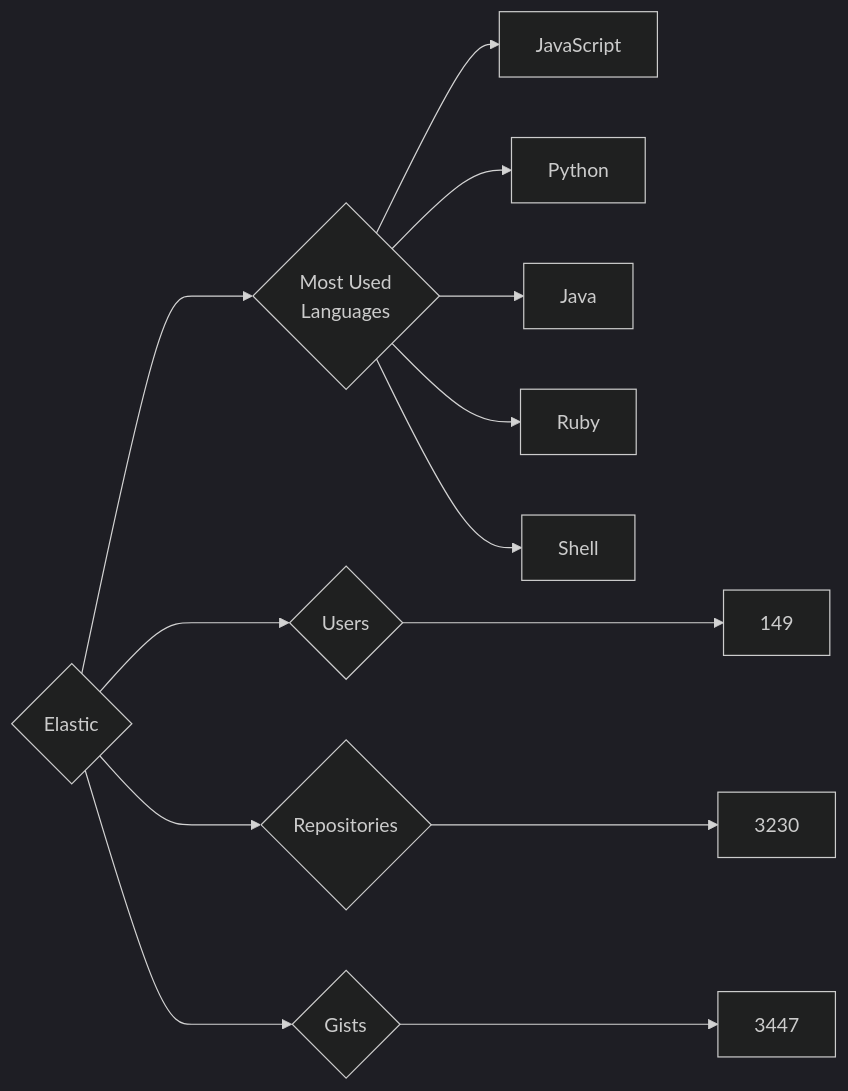
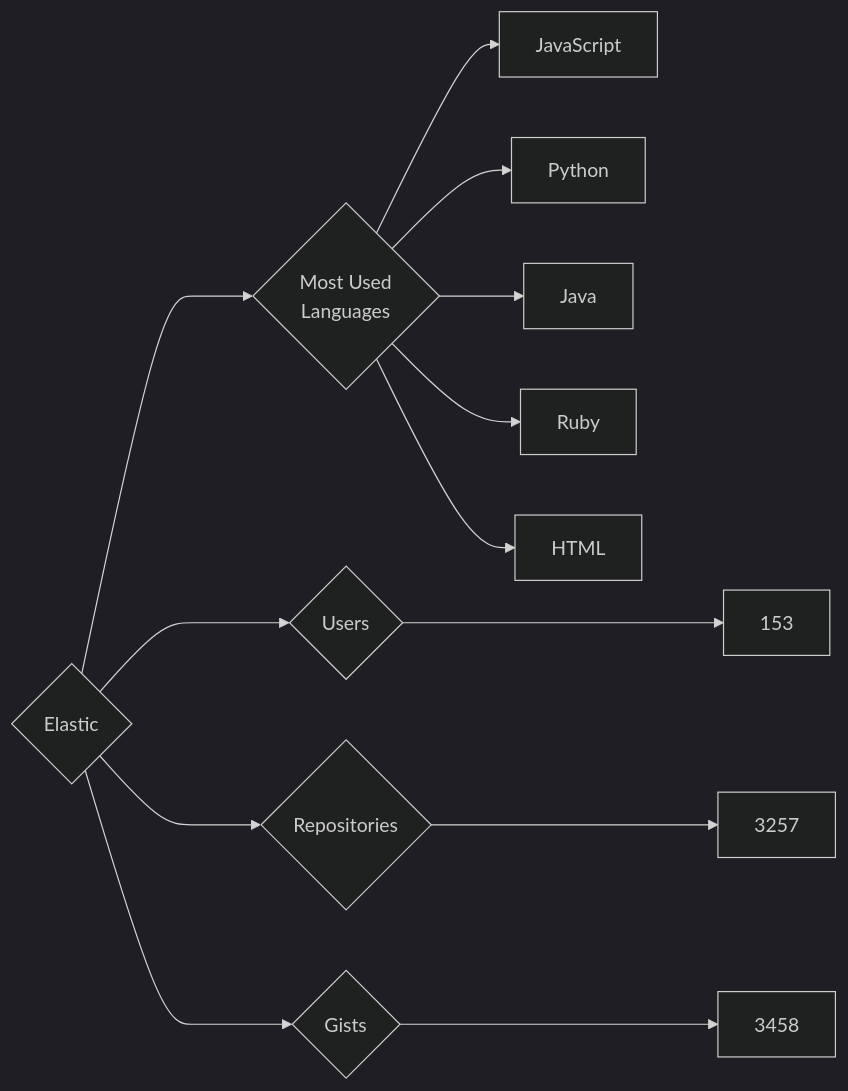
Before and after one commit to trickest/insiders: the diagram in targets/Elastic/README.md, drawn with Mermaid (dark theme). The commit also changed 1238 other files, not shown here.

````diff
--- a/targets/Elastic/README.md
+++ b/targets/Elastic/README.md
@@ -3,13 +3,13 @@
 ```mermaid
 graph LR
 COMPANY_NAME{Elastic}
-COMPANY_NAME ---> U{Users} ---> UN[149]
-COMPANY_NAME ---> R{Repositories} ---> RN[3230]
-COMPANY_NAME ---> G{Gists} ---> GN[3447]
+COMPANY_NAME ---> U{Users} ---> UN[153]
+COMPANY_NAME ---> R{Repositories} ---> RN[3257]
+COMPANY_NAME ---> G{Gists} ---> GN[3458]
 COMPANY_NAME ---> ML{Most Used<br>Languages}
 ML --> JavaScript[JavaScript]
 ML --> Python[Python]
 ML --> Java[Java]
 ML --> Ruby[Ruby]
-ML --> Shell[Shell]
+ML --> HTML[HTML]
 ```
````
